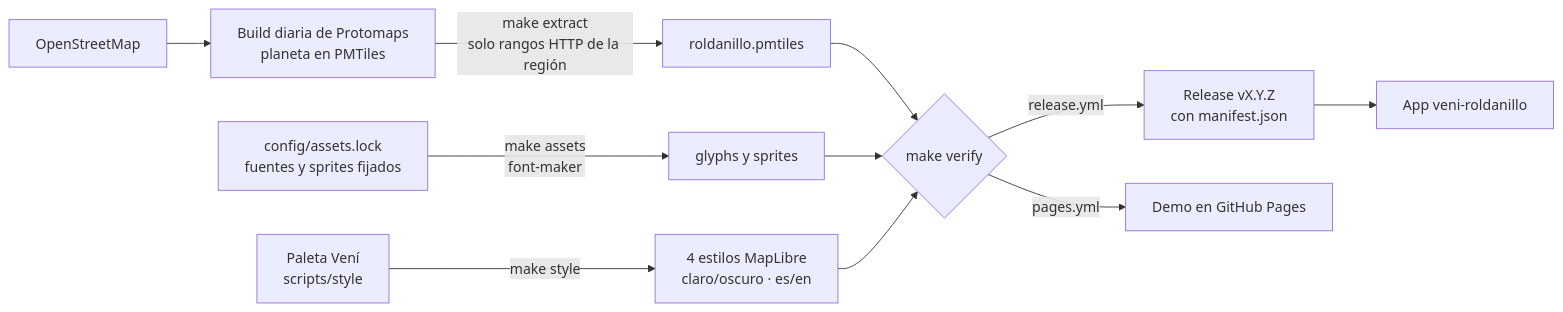
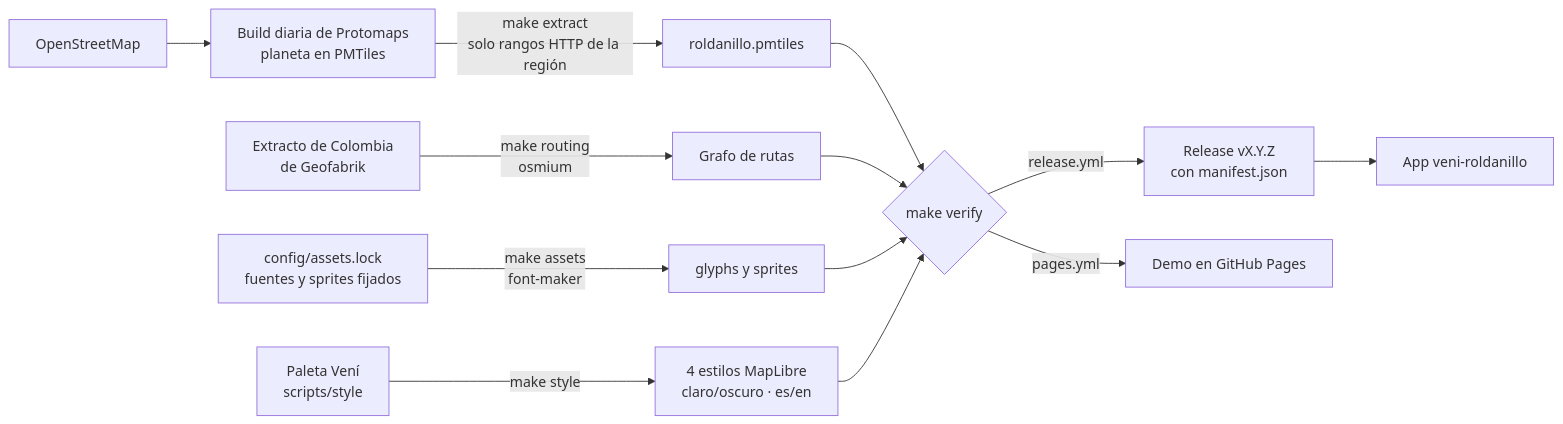
The diagram in README.md (WokerJJ/veni-mapa), drawn with Mermaid before and after one commit. The commit also changed other lines of this file and 30 other files, not shown here.

First line of the commit message:
feat(rutas): grafo de calles de Roldanillo y router para el navegador (#53)

````diff
--- a/README.md
+++ b/README.md
@@ -18,13 +18,15 @@
 ```mermaid
 flowchart LR
   osm[OpenStreetMap] --> pm[Build diaria de Protomaps<br/>planeta en PMTiles]
   pm -->|make extract<br/>solo rangos HTTP de la región| ext[roldanillo.pmtiles]
   lock[config/assets.lock<br/>fuentes y sprites fijados] -->|make assets<br/>font-maker| assets[glyphs y sprites]
   marca[Paleta Vení<br/>scripts/style] -->|make style| estilos[4 estilos MapLibre<br/>claro/oscuro · es/en]
+  osm2[Extracto de Colombia<br/>de Geofabrik] -->|make routing<br/>osmium| rutas[Grafo de rutas]
   ext --> verify{make verify}
+  rutas --> verify
   assets --> verify
   estilos --> verify
   verify -->|release.yml| rel[Release vX.Y.Z<br/>con manifest.json]
   verify -->|pages.yml| demo[Demo en GitHub Pages]
   rel --> app[App veni-roldanillo]
 ```
````
